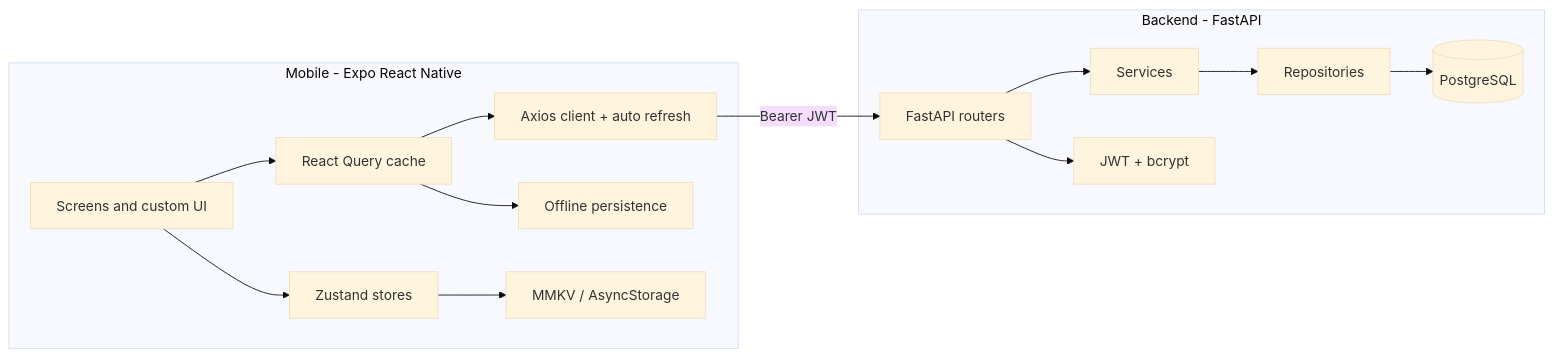
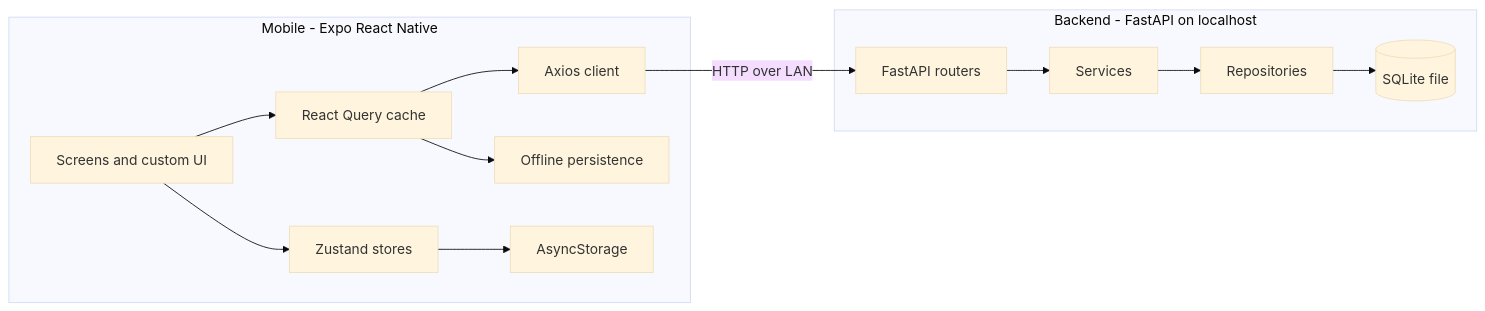
One commit to BRiver5/FitTracker changed the diagram in README.md. Above: the diagram before and after it, drawn with Mermaid (base theme). The commit also changed other lines of this file and 29 other files, not shown here.

````diff
--- a/README.md
+++ b/README.md
@@ -15,17 +15,16 @@
 ```mermaid
 flowchart LR
   subgraph mobileApp [Mobile - Expo React Native]
     Screens[Screens and custom UI] --> RQ[React Query cache]
     Screens --> Stores[Zustand stores]
-    RQ --> Axios[Axios client + auto refresh]
-    Stores --> Storage[MMKV / AsyncStorage]
+    RQ --> Axios[Axios client]
+    Stores --> Storage[AsyncStorage]
     RQ --> Persist[Offline persistence]
   end
-  Axios -->|"Bearer JWT"| API[FastAPI routers]
-  subgraph backendApp [Backend - FastAPI]
+  Axios -->|"HTTP over LAN"| API[FastAPI routers]
+  subgraph backendApp [Backend - FastAPI on localhost]
     API --> Services[Services]
     Services --> Repos[Repositories]
-    Repos --> DB[(PostgreSQL)]
-    API --> Security[JWT + bcrypt]
+    Repos --> DB[(SQLite file)]
   end
 ```
````
